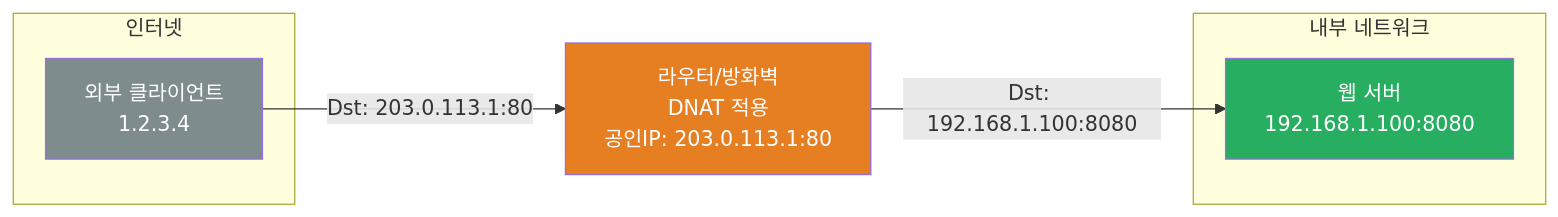
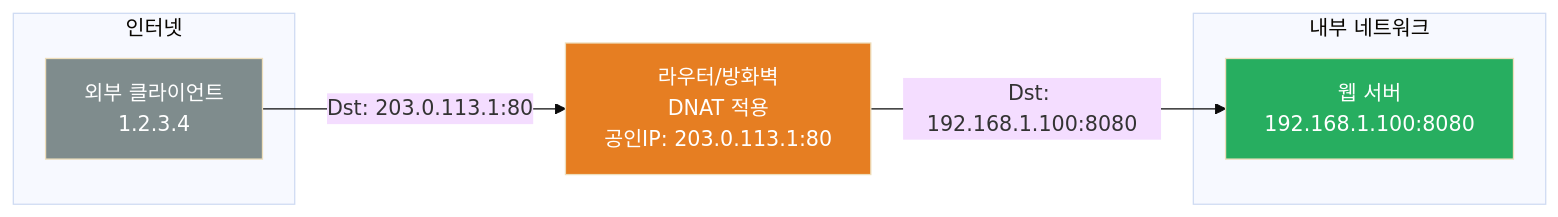
The third of 5 diagrams in contents/posts/Network/nat-deep-dive/index.md (leekh8/leekh8.github.io), drawn with Mermaid before and after one commit. The commit also changed other lines of this file, not shown here.

Commit message:
fix: NAT 포스트 mermaid init 블록 추가, 중첩NAT 다이어그램 LR 전환

````diff
--- a/contents/posts/Network/nat-deep-dive/index.md
+++ b/contents/posts/Network/nat-deep-dive/index.md
@@ -145,19 +147,20 @@
 ```mermaid
+%%{init: {"theme": "base"}}%%
 flowchart LR
     subgraph internet["인터넷"]
         C["외부 클라이언트<br/>1.2.3.4"]
     end
 
     GW["라우터/방화벽<br/>DNAT 적용<br/>공인IP: 203.0.113.1:80"]
 
     subgraph internal["내부 네트워크"]
         W["웹 서버<br/>192.168.1.100:8080"]
     end
 
     C -->|"Dst: 203.0.113.1:80"| GW
     GW -->|"Dst: 192.168.1.100:8080"| W
 
     style C fill:#7f8c8d,color:#fff
     style GW fill:#e67e22,color:#fff
     style W fill:#27ae60,color:#fff
 ```
````
